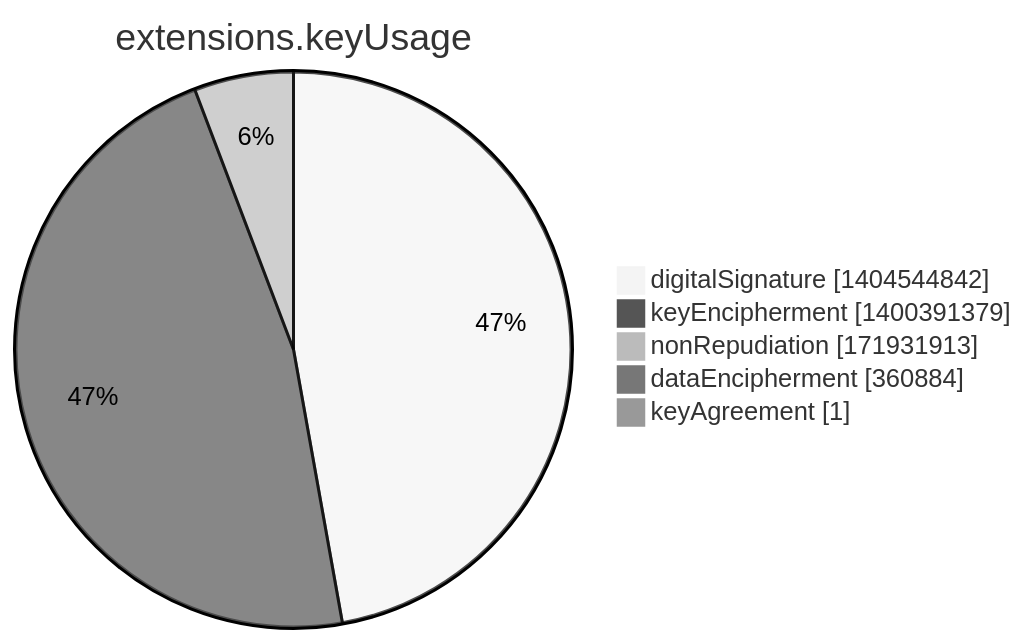
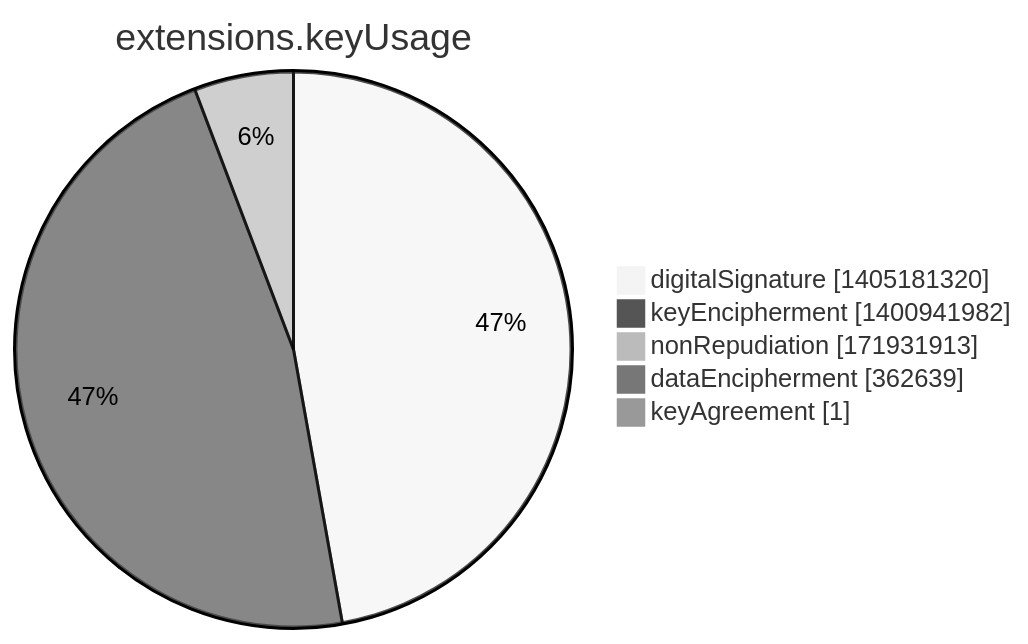
One commit to christiankrug/ctmonitor_visualization changed the seventh of 15 diagrams in argon2022/README.md. Above: the diagram before and after it, drawn with Mermaid (neutral theme). The commit also changed other lines of this file, not shown here.

````diff
--- a/argon2022/README.md
+++ b/argon2022/README.md
@@ -2751,9 +2751,9 @@
 ```mermaid
 pie showData
 title extensions.keyUsage
-"digitalSignature" :1404544842
-"keyEncipherment" :1400391379
+"digitalSignature" :1405181320
+"keyEncipherment" :1400941982
 "nonRepudiation" :171931913
-"dataEncipherment" :360884
+"dataEncipherment" :362639
 "keyAgreement" :1
 ```
````
